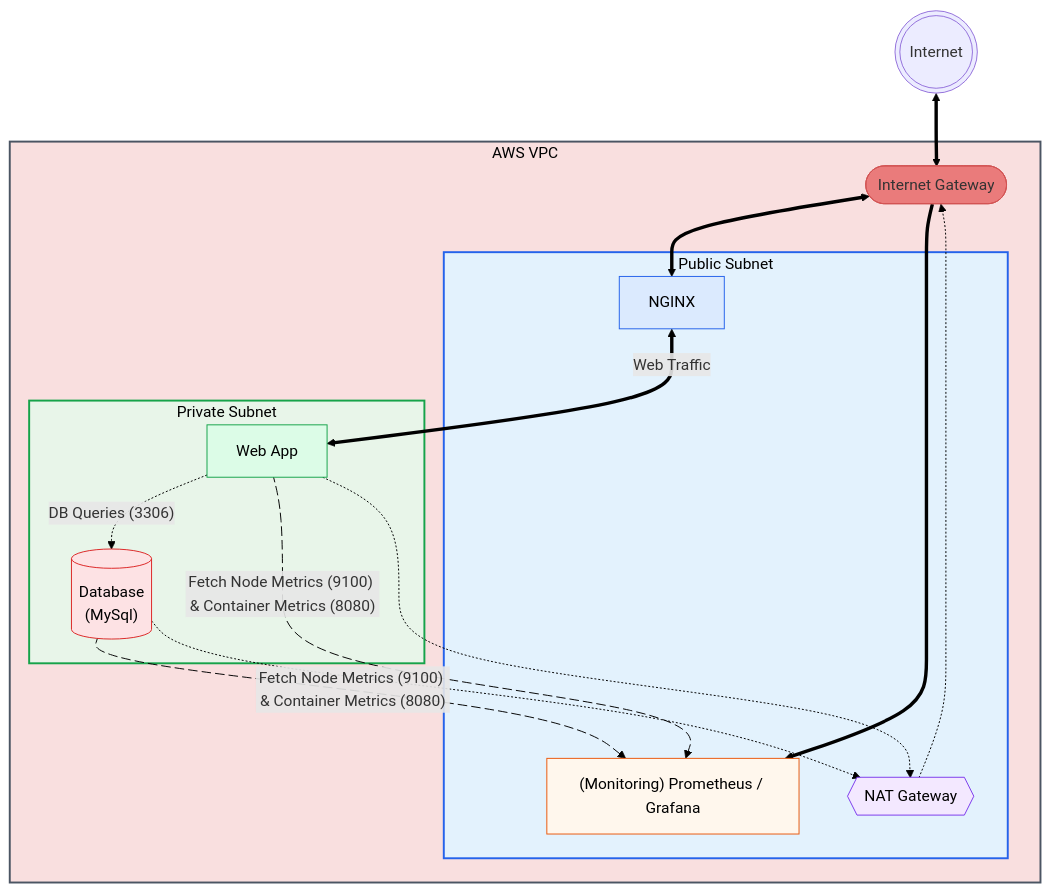
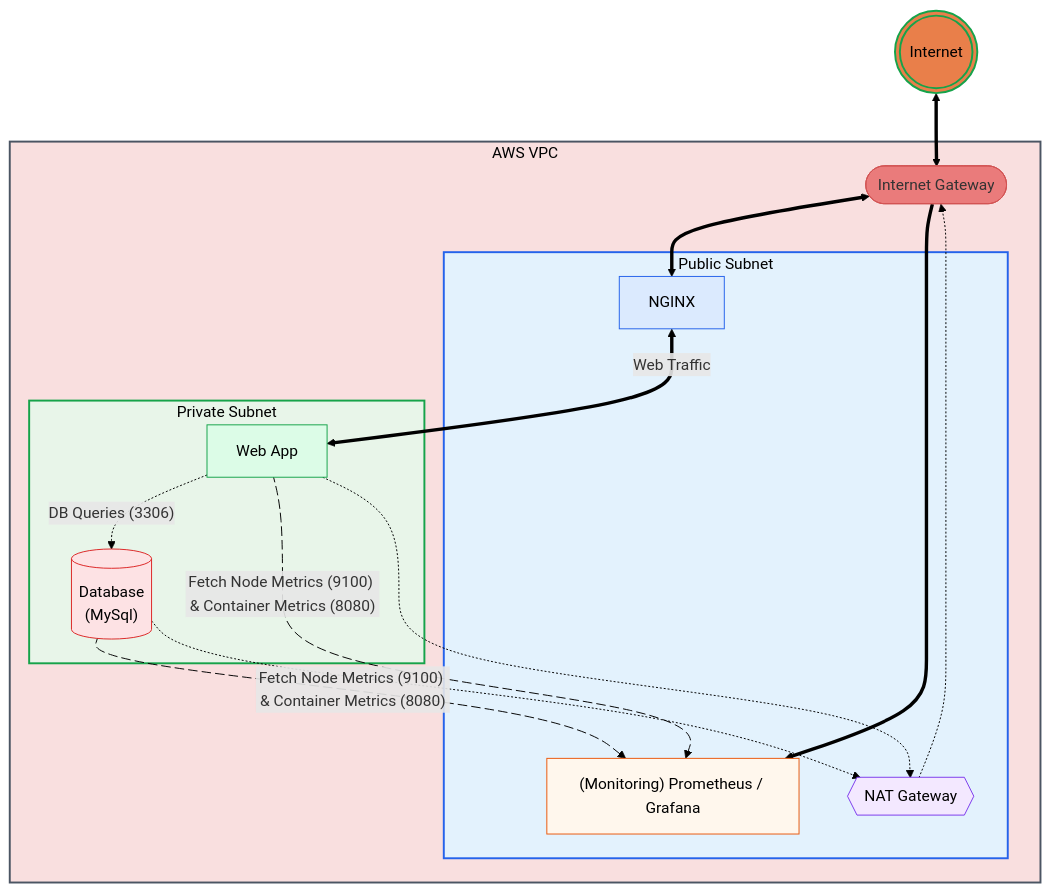
One commit to Jazzar101/learning-terraform-3087701 changed the diagram in README.md. Above: the diagram before and after it, drawn with Mermaid.

Commit message:
added styling to internet node

````diff
--- a/README.md
+++ b/README.md
@@ -6,57 +6,58 @@
 ```mermaid
 flowchart TB
     Internet(((Internet)))
     subgraph VPC[AWS VPC]
         IGW([Internet Gateway])
         subgraph PublicSubnet[Public Subnet]
             NAT{{NAT Gateway}}
             NGINX[NGINX]
             Monitoring["(Monitoring) Prometheus / Grafana"]
         end
 
         subgraph PrivateSubnet[Private Subnet]
             App[Web App]
             DB[("Database\n(MySql)")]
         end
     end
 
     Internet <==> IGW
     IGW <==> NGINX
     NGINX <==>|Web Traffic| App
     App -.->|"DB Queries (3306)"| DB
     IGW ==> Monitoring
 
     App metricsApp@-->|"Fetch Node Metrics (9100) & Container Metrics (8080)"| Monitoring
     DB metricsDB@-->|"Fetch Node Metrics (9100) & Container Metrics (8080)"| Monitoring
 
     App -.-> NAT
     DB -.-> NAT
     NAT -.-> IGW
     
     metricsApp@{ animation: slow }    
     metricsDB@{ animation: slow }
 
     %% Node-only styling (GitHub safe)
     classDef ingress fill:#dbeafe,stroke:#2563eb,color:#000000
     classDef monitoring fill:#fff7ed,stroke:#ea580c,color:#000000
     classDef nat fill:#f3e8ff,stroke:#7c3aed,color:#000000
     classDef app fill:#dcfce7,stroke:#16a34a,color:#000000
     classDef db fill:#fde2e4,stroke:#dc2626,color:#000000
     classDef igw fill:#EA7B7B,stroke:#D25353,color:#00000
     classDef PublicSubnet fill:#e3f2fd,stroke:#2563eb
     classDef PrivateSubnet fill:#e8f5e9,stroke:#16a34a    
     classDef VPC fill:#F9DFDF,stroke:#4b5563,stroke-width:2px,color:#000000
 
     style VPC fill:#F9DFDF,stroke:#4b5563,stroke-width:2px,color:#000000
     style PublicSubnet fill:#e3f2fd,stroke:#2563eb,stroke-width:2px,color:#000000
     style PrivateSubnet fill:#e8f5e9,stroke:#16a34a,stroke-width:2px,color:#000000
+    style Internet fill:#E97F4A,stroke:#16a34a,stroke-width:2px,color:#000000
 
     linkStyle default stroke:#000
 
     class NGINX ingress
     class Monitoring monitoring
     class NAT nat
     class App app
     class DB db
     class IGW igw
 ```
````
